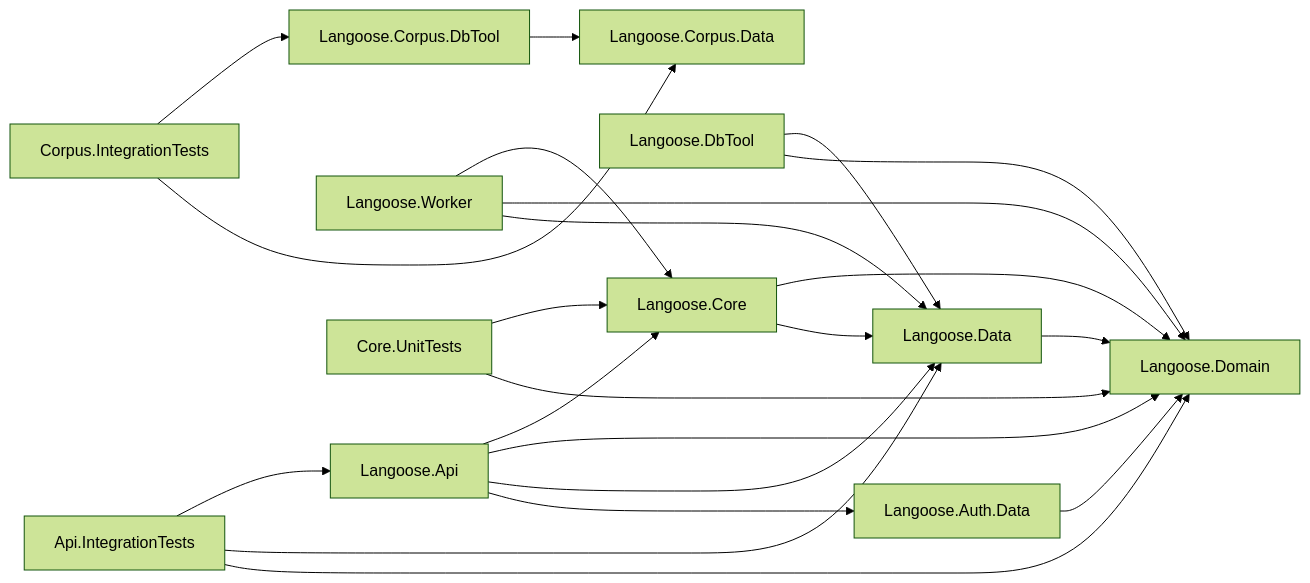
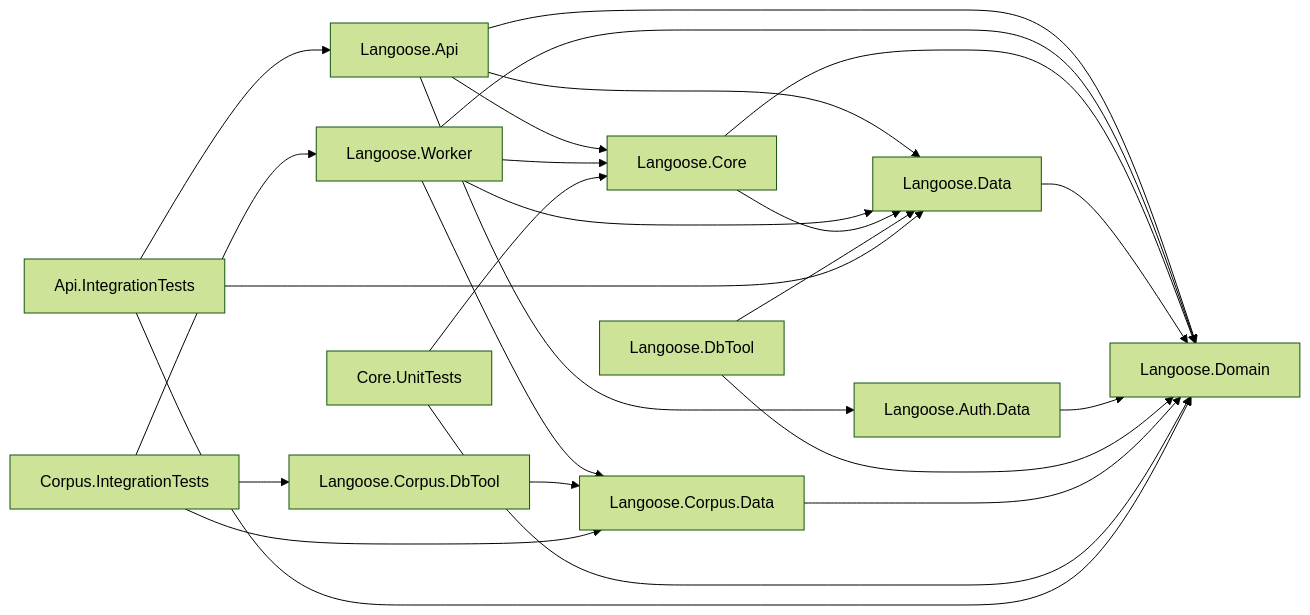
Before and after one commit to altav1sta/langoose: the diagram in docs/agent/architecture.md, drawn with Mermaid (forest theme). The commit also changed other lines of this file and 87 other files, not shown here.

````diff
--- a/docs/agent/architecture.md
+++ b/docs/agent/architecture.md
@@ -8,25 +8,27 @@
 ```mermaid
 flowchart LR
   Api["Langoose.Api"] --> Core["Langoose.Core"]
   Api --> Domain["Langoose.Domain"]
   Api --> Data["Langoose.Data"]
   Api --> AuthData["Langoose.Auth.Data"]
   Worker["Langoose.Worker"] --> Core
   Worker --> Domain
   Worker --> Data
+  Worker --> CorpusData
   Core --> Domain
   Core --> Data
   Data --> Domain
   AuthData --> Domain
   DbTool["Langoose.DbTool"] --> Data
   DbTool --> Domain
-  CorpusData["Langoose.Corpus.Data"]
+  CorpusData["Langoose.Corpus.Data"] --> Domain
   CorpusDbTool["Langoose.Corpus.DbTool"] --> CorpusData
   UnitTests["Core.UnitTests"] --> Core
   UnitTests --> Domain
   IntTests["Api.IntegrationTests"] --> Api
   IntTests --> Data
   IntTests --> Domain
   CorpusIntTests["Corpus.IntegrationTests"] --> CorpusDbTool
   CorpusIntTests --> CorpusData
+  CorpusIntTests --> Worker
 ```
````
